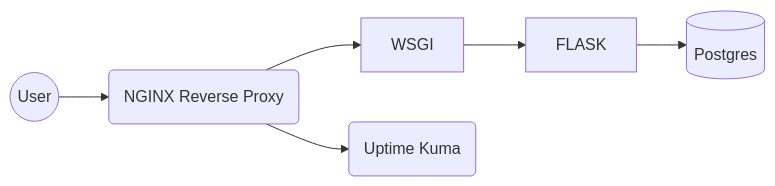
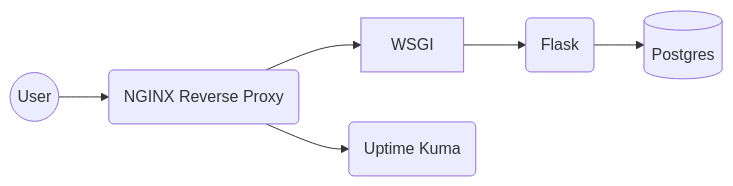
The diagram in README.md (volutus/self-domain-docker), drawn with Mermaid before and after one commit.

Commit message:
Improve diagram

````diff
--- a/README.md
+++ b/README.md
@@ -3,8 +3,8 @@
 ```mermaid
 graph LR;
-    USER((User)) --> NGINX
+    USER(("User")) --> NGINX
     NGINX("NGINX Reverse Proxy") --> WSGI;
     NGINX --> UPTIME("Uptime Kuma");
-    WSGI --> FLASK;
-    FLASK --> DB[(Postgres)];
+    WSGI --> FLASK("Flask");
+    FLASK --> DB[("Postgres")];
 ```
````
